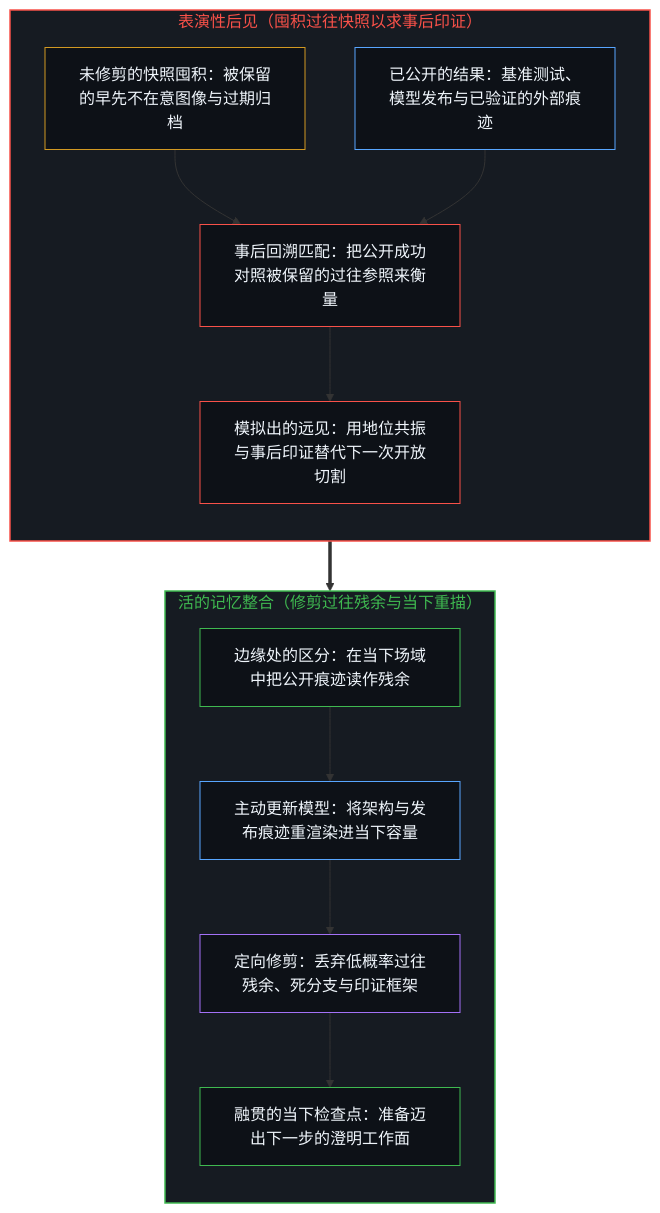
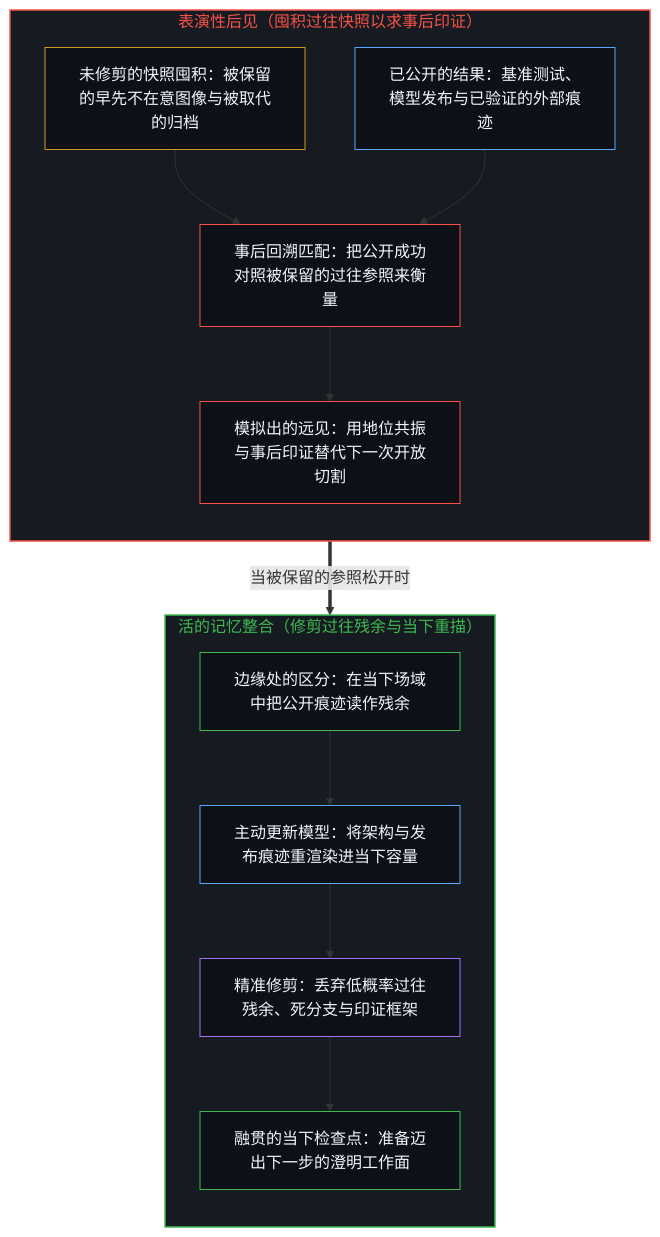
Before and after one commit to powerpig99/not-a-toe: the first of 2 diagrams in content/posts/performative-hindsight-that-pretends-to-be-foresight.md, drawn with Mermaid. The commit also changed other lines of this file and 4 other files, not shown here.

````diff
--- a/content/posts/performative-hindsight-that-pretends-to-be-foresight.md
+++ b/content/posts/performative-hindsight-that-pretends-to-be-foresight.md
@@ -47,32 +47,32 @@
 ```mermaid
 flowchart TD
     subgraph S_Hindsight["表演性后见（囤积过往快照以求事后印证）"]
         direction TB
-        Hoard["未修剪的快照囤积：被保留的早先不在意图像与过期归档"]
+        Hoard["未修剪的快照囤积：被保留的早先不在意图像与被取代的归档"]
         Public["已公开的结果：基准测试、模型发布与已验证的外部痕迹"]
         Retained["事后回溯匹配：把公开成功对照被保留的过往参照来衡量"]
         Vindication["模拟出的远见：用地位共振与事后印证替代下一次开放切割"]
         Hoard --> Retained
         Public --> Retained
         Retained --> Vindication
     end
     subgraph S_Living["活的记忆整合（修剪过往残余与当下重描）"]
         direction TB
         OpenEdge["边缘处的区分：在当下场域中把公开痕迹读作残余"]
         ReRender["主动更新模型：将架构与发布痕迹重渲染进当下容量"]
-        Prune["定向修剪：丢弃低概率过往残余、死分支与印证框架"]
+        Prune["精准修剪：丢弃低概率过往残余、死分支与印证框架"]
         PresentCut["融贯的当下检查点：准备迈出下一步的澄明工作面"]
         OpenEdge --> ReRender --> Prune --> PresentCut
     end
-    Vindication ==> OpenEdge
+    Vindication ==>|"当被保留的参照松开时"| OpenEdge
     style S_Hindsight fill:#161b22,stroke:#f85149,stroke-width:1.5px,color:#f85149
     style S_Living fill:#161b22,stroke:#3fb950,stroke-width:1.5px,color:#3fb950
     style Hoard fill:#0d1117,stroke:#d29922,stroke-width:1px,color:#f0f6fc
     style Public fill:#0d1117,stroke:#58a6ff,stroke-width:1px,color:#f0f6fc
     style Retained fill:#0d1117,stroke:#f85149,stroke-width:1px,color:#f0f6fc
     style Vindication fill:#0d1117,stroke:#f85149,stroke-width:1px,color:#f0f6fc
     style OpenEdge fill:#0d1117,stroke:#3fb950,stroke-width:1px,color:#f0f6fc
     style ReRender fill:#0d1117,stroke:#58a6ff,stroke-width:1px,color:#f0f6fc
     style Prune fill:#0d1117,stroke:#a371f7,stroke-width:1px,color:#f0f6fc
     style PresentCut fill:#0d1117,stroke:#3fb950,stroke-width:1px,color:#f0f6fc
 ```
````
